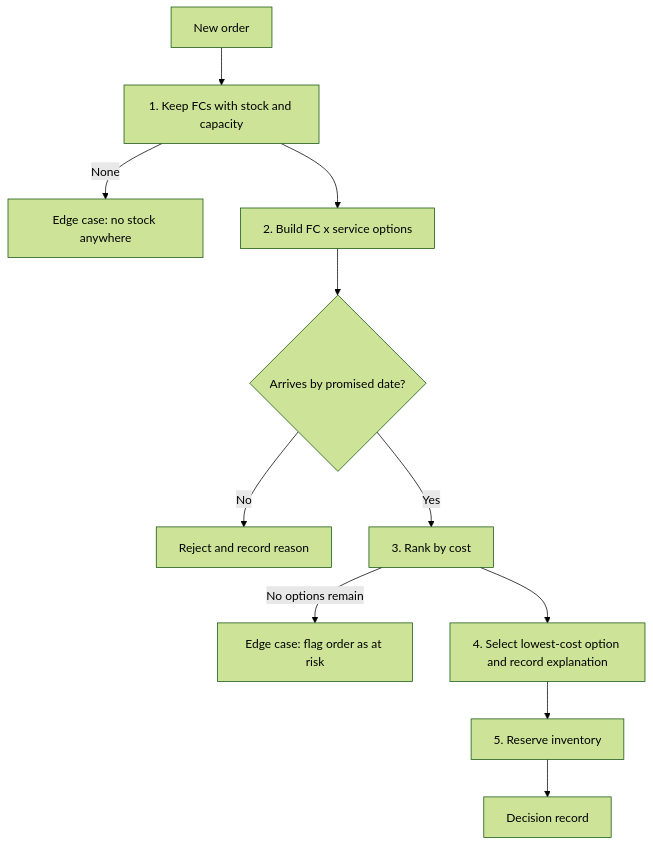
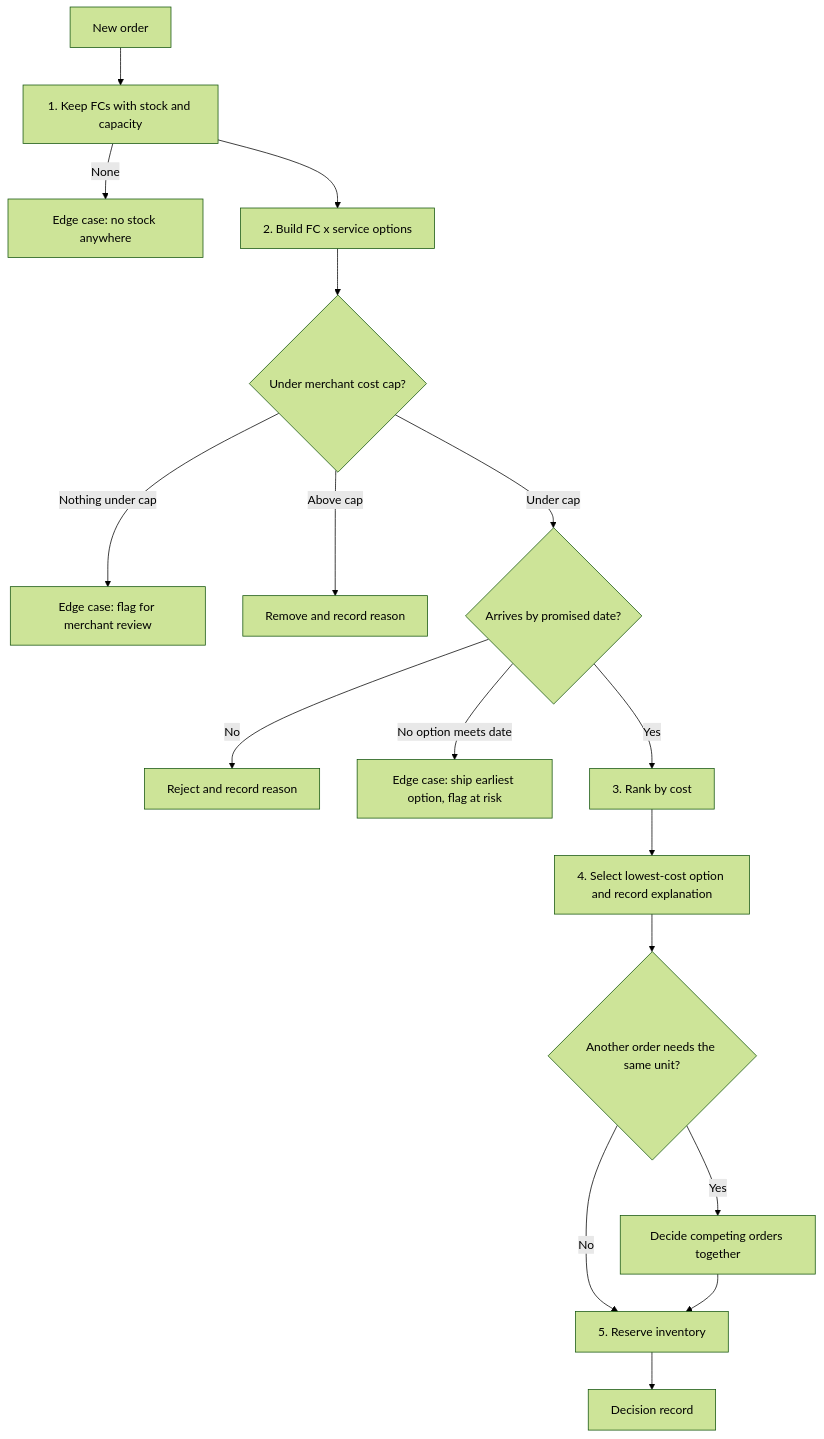
The diagram in README.md (JustinABridges-PM/Sourcing-Engine-Prototype), drawn with Mermaid (forest theme) before and after one commit. The commit also changed other lines of this file, not shown here.

````diff
--- a/README.md
+++ b/README.md
@@ -109,13 +120,19 @@
 ```mermaid
 flowchart TD
     A[New order] --> B[1. Keep FCs with stock and capacity]
     B -->|None| X1[Edge case: no stock anywhere]
     B --> C[2. Build FC x service options]
-    C --> D{Arrives by promised date?}
-    D -->|No| R[Reject and record reason]
+    C --> K{Under merchant cost cap?}
+    K -->|Nothing under cap| X3[Edge case: flag for merchant review]
+    K -->|Above cap| R1[Remove and record reason]
+    K -->|Under cap| D{Arrives by promised date?}
+    D -->|No| R2[Reject and record reason]
+    D -->|No option meets date| X2[Edge case: ship earliest option, flag at risk]
     D -->|Yes| E[3. Rank by cost]
-    E -->|No options remain| X2[Edge case: flag order as at risk]
     E --> F[4. Select lowest-cost option and record explanation]
-    F --> G[5. Reserve inventory]
+    F --> J{Another order needs the same unit?}
+    J -->|Yes| M[Decide competing orders together]
+    J -->|No| G[5. Reserve inventory]
+    M --> G
     G --> H[Decision record]
 ```
````
